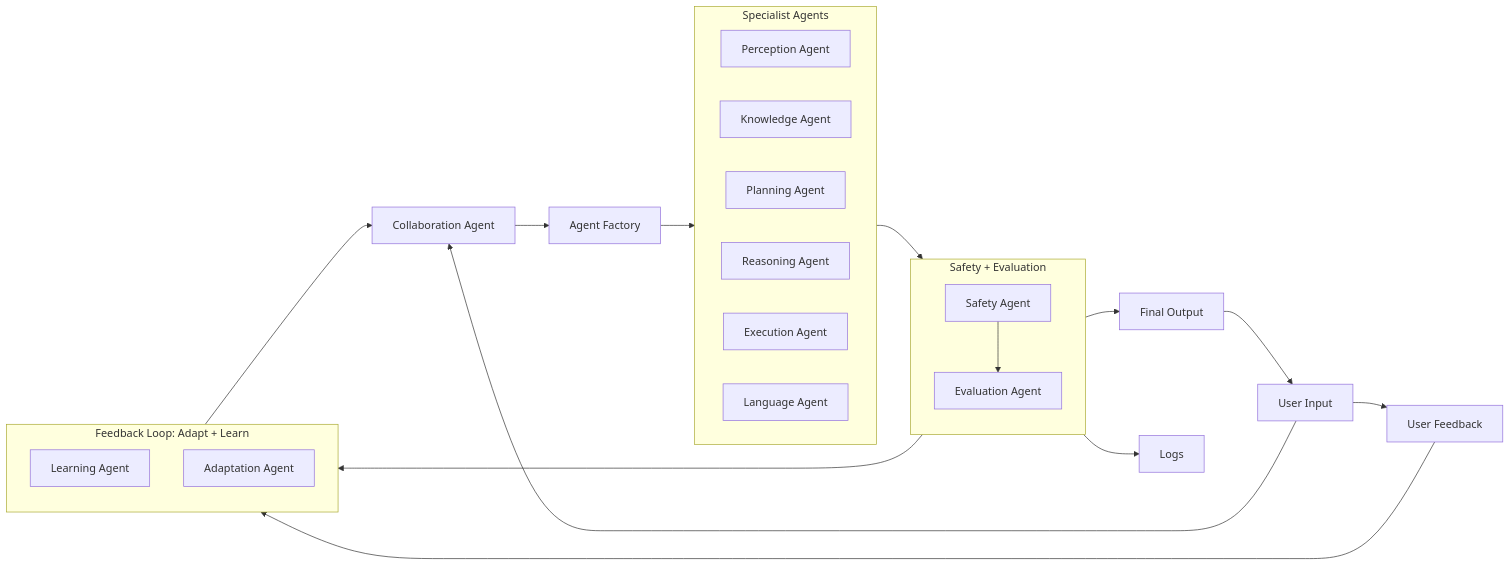
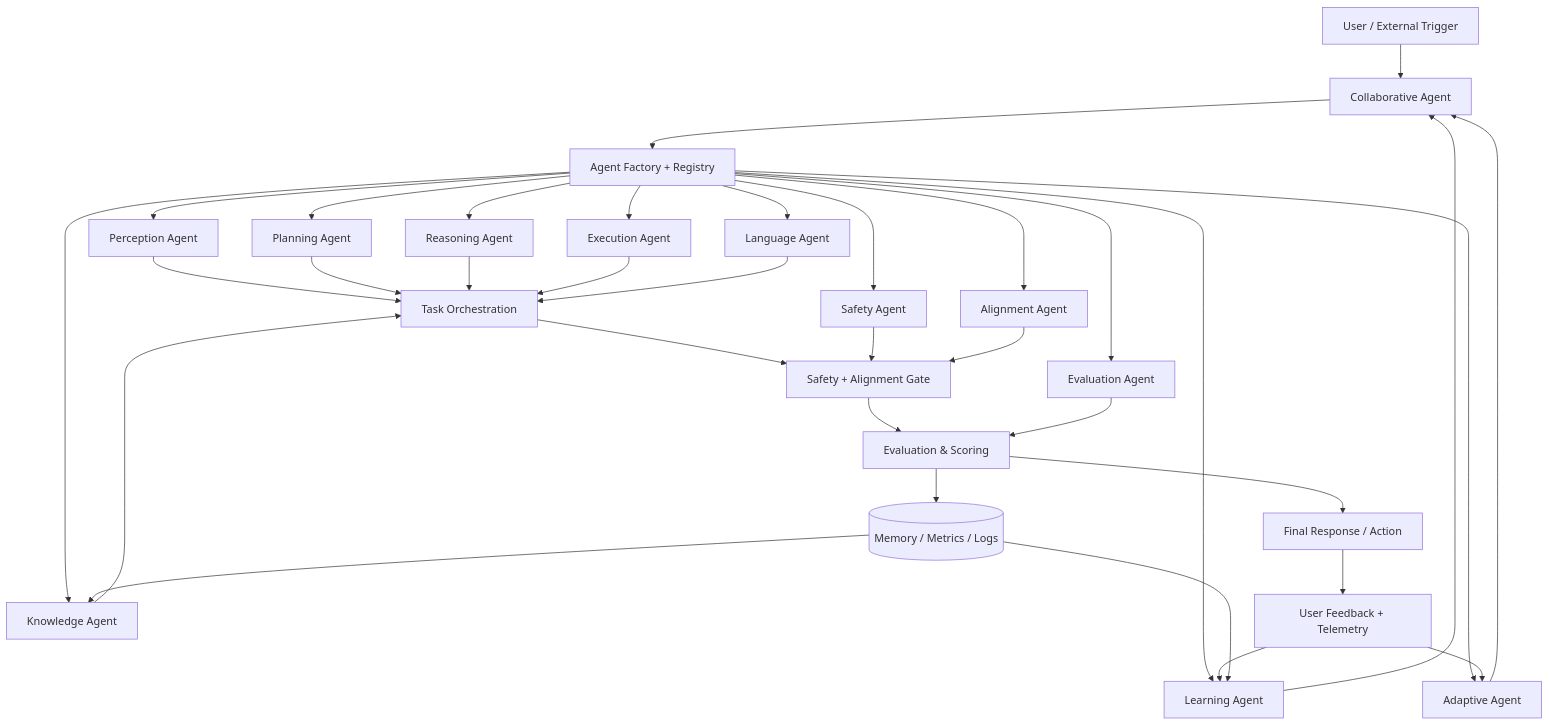
The diagram in README.md (The-Outsider-97/SLAI), drawn with Mermaid before and after one commit. The commit also changed other lines of this file, not shown here.

````diff
--- a/README.md
+++ b/README.md
@@ -24,33 +24,42 @@
-```mermaid 
-graph LR
-    B[Collaboration Agent] --> I[Agent Factory]
-    I --> C[Specialist Agents]
-    C --> D[Safety + Evaluation]
-    D --> E[Final Output]
-    D --> F[Logs]
-    G[User Feedback] --> H[Feedback Loop: Adapt + Learn]
-    D --> H
-    H --> B
-    E --> A[User Input]
-    A --> B
-    A --> G
+```mermaid
+graph TD
+    U[User / External Trigger] --> CA[Collaborative Agent]
+    CA --> AF[Agent Factory + Registry]
 
-    subgraph C [Specialist Agents]
-        direction LR
-        C1[Perception Agent]
-        C2[Knowledge Agent]
-        C3[Planning Agent]
-        C4[Reasoning Agent]
-        C5[Execution Agent]
-        C6[Language Agent]
-    end
+    AF --> P[Perception Agent]
+    AF --> K[Knowledge Agent]
+    AF --> PL[Planning Agent]
+    AF --> R[Reasoning Agent]
+    AF --> EX[Execution Agent]
+    AF --> L[Language Agent]
+    AF --> LE[Learning Agent]
+    AF --> AD[Adaptive Agent]
+    AF --> SA[Safety Agent]
+    AF --> EV[Evaluation Agent]
+    AF --> AL[Alignment Agent]
 
-    subgraph D [Safety + Evaluation]
-        D1[Safety Agent] --> D2[Evaluation Agent]
-    end
+    P --> ORCH[Task Orchestration]
+    K --> ORCH
+    PL --> ORCH
+    R --> ORCH
+    EX --> ORCH
+    L --> ORCH
 
-    subgraph H [Feedback Loop: Adapt + Learn]
-        H1[Learning Agent]
-        H2[Adaptation Agent]
-    end
+    ORCH --> SAFE[Safety + Alignment Gate]
+    SA --> SAFE
+    AL --> SAFE
+
+    SAFE --> EVAL[Evaluation & Scoring]
+    EV --> EVAL
+
+    EVAL --> OUT[Final Response / Action]
+    OUT --> FB[User Feedback + Telemetry]
+    FB --> LE
+    FB --> AD
+    LE --> CA
+    AD --> CA
+
+    EVAL --> LOGS[(Memory / Metrics / Logs)]
+    LOGS --> K
+    LOGS --> LE
 ```
````
